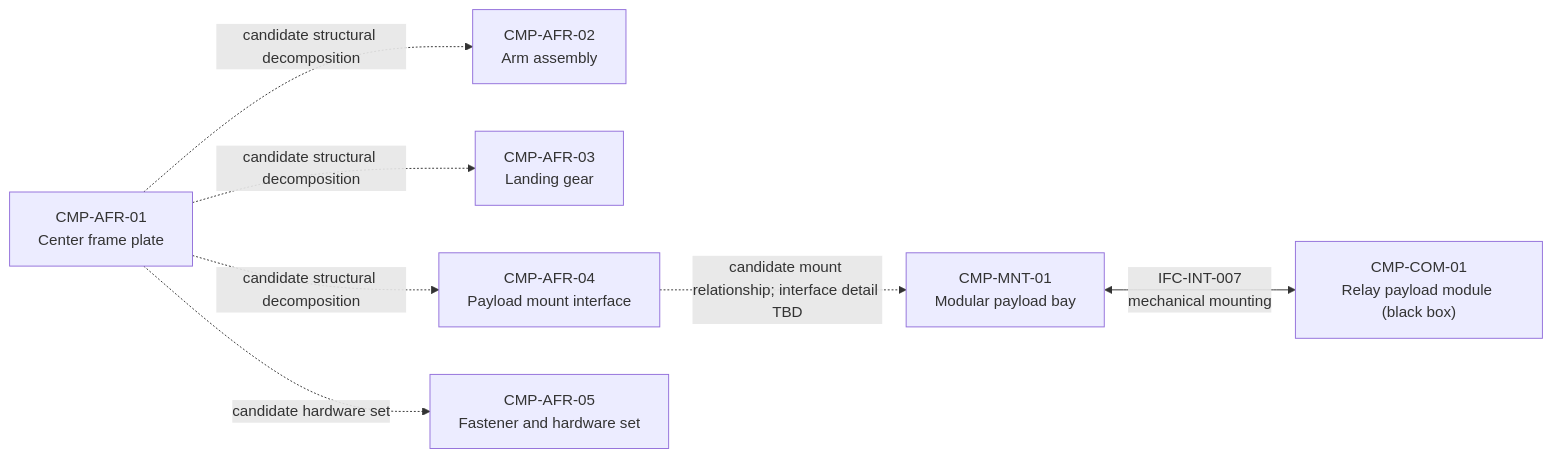
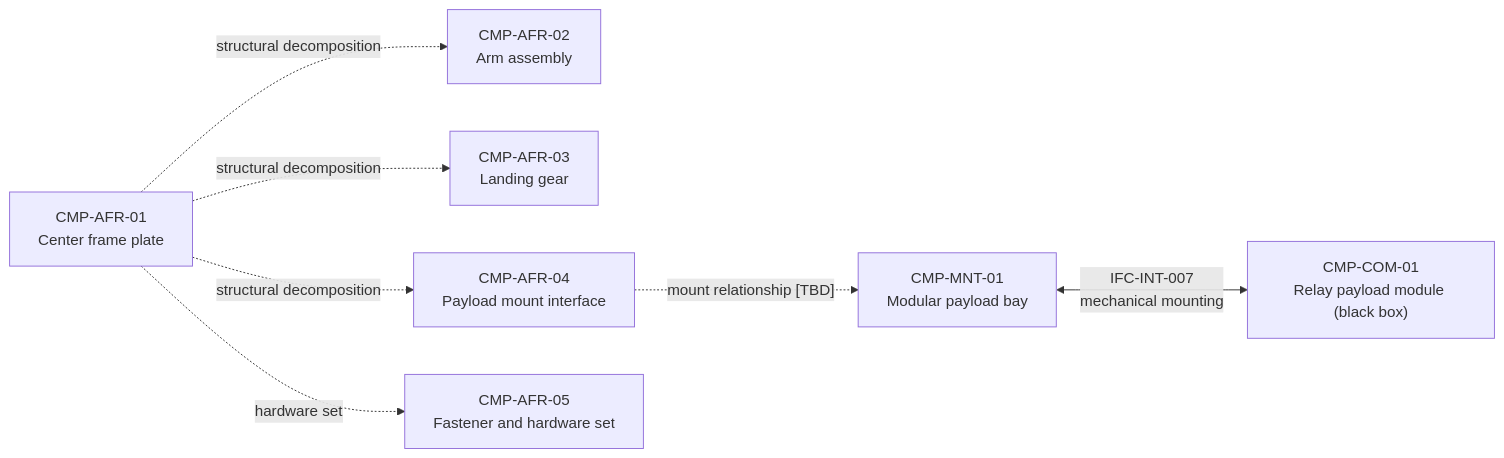
Before and after one commit to noahstephenson/low-cost-relay-uas: the fourth of 17 diagrams in reports/architecture-views.md, drawn with Mermaid. The commit also changed other lines of this file and 28 other files, not shown here.

Commit message:
Simplify and consolidate architecture repository

````diff
--- a/reports/architecture-views.md
+++ b/reports/architecture-views.md
@@ -97,17 +97,17 @@
 ```mermaid
 flowchart LR
     %% Configuration scope: CFG-REP / CFG-DOM
     CMP_AFR_01["CMP-AFR-01<br/>Center frame plate"]
     CMP_AFR_02["CMP-AFR-02<br/>Arm assembly"]
     CMP_AFR_03["CMP-AFR-03<br/>Landing gear"]
     CMP_AFR_04["CMP-AFR-04<br/>Payload mount interface"]
     CMP_AFR_05["CMP-AFR-05<br/>Fastener and hardware set"]
     CMP_MNT_01["CMP-MNT-01<br/>Modular payload bay"]
     CMP_COM_01["CMP-COM-01<br/>Relay payload module (black box)"]
-    CMP_AFR_01 -.->|"candidate structural decomposition"| CMP_AFR_02
-    CMP_AFR_01 -.->|"candidate structural decomposition"| CMP_AFR_03
-    CMP_AFR_01 -.->|"candidate structural decomposition"| CMP_AFR_04
-    CMP_AFR_01 -.->|"candidate hardware set"| CMP_AFR_05
-    CMP_AFR_04 -.->|"candidate mount relationship; interface detail TBD"| CMP_MNT_01
+    CMP_AFR_01 -.->|"structural decomposition"| CMP_AFR_02
+    CMP_AFR_01 -.->|"structural decomposition"| CMP_AFR_03
+    CMP_AFR_01 -.->|"structural decomposition"| CMP_AFR_04
+    CMP_AFR_01 -.->|"hardware set"| CMP_AFR_05
+    CMP_AFR_04 -.->|"mount relationship [TBD]"| CMP_MNT_01
     CMP_MNT_01 <-->|"IFC-INT-007<br/>mechanical mounting"| CMP_COM_01
 ```
````
